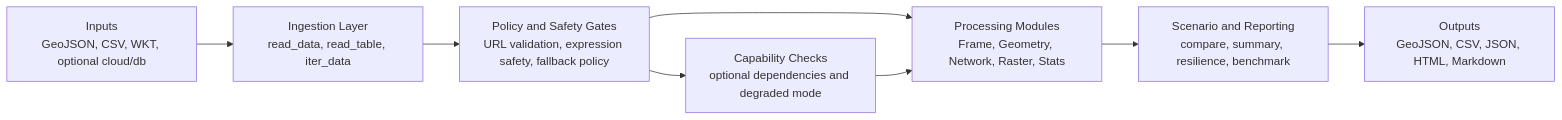
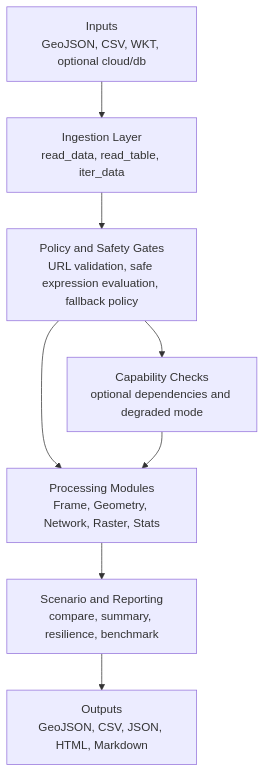
One commit to matthew-lottly/geoprompt changed the diagram in README.md. Above: the diagram before and after it, drawn with Mermaid. The commit also changed other lines of this file and 48 other files, not shown here.

````diff
--- a/README.md
+++ b/README.md
@@ -15,11 +15,11 @@
 ```mermaid
-flowchart LR
+flowchart TD
     A[Inputs<br/>GeoJSON, CSV, WKT, optional cloud/db] --> B[Ingestion Layer<br/>read_data, read_table, iter_data]
-    B --> C[Policy and Safety Gates<br/>URL validation, expression safety, fallback policy]
+    B --> C[Policy and Safety Gates<br/>URL validation, safe expression evaluation, fallback policy]
     C --> D[Processing Modules<br/>Frame, Geometry, Network, Raster, Stats]
     D --> E[Scenario and Reporting<br/>compare, summary, resilience, benchmark]
     E --> F[Outputs<br/>GeoJSON, CSV, JSON, HTML, Markdown]
 
     C --> G[Capability Checks<br/>optional dependencies and degraded mode]
     G --> D
 ```
````
